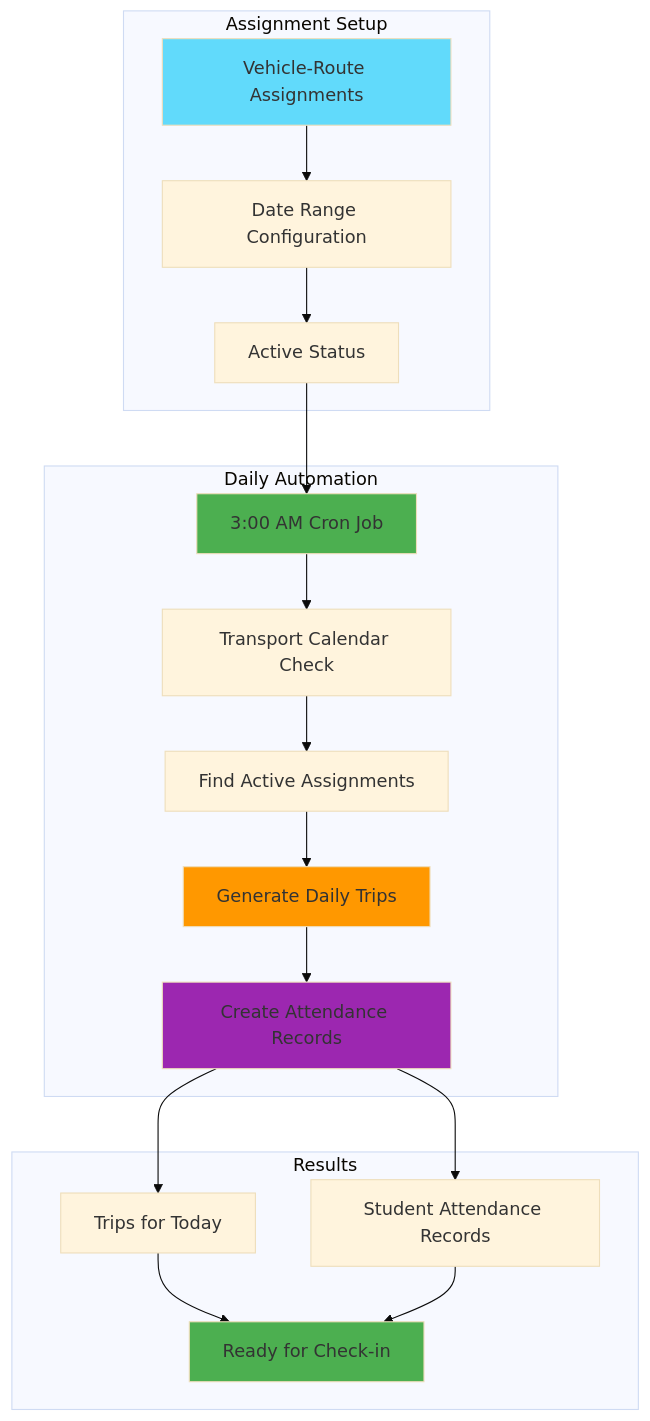
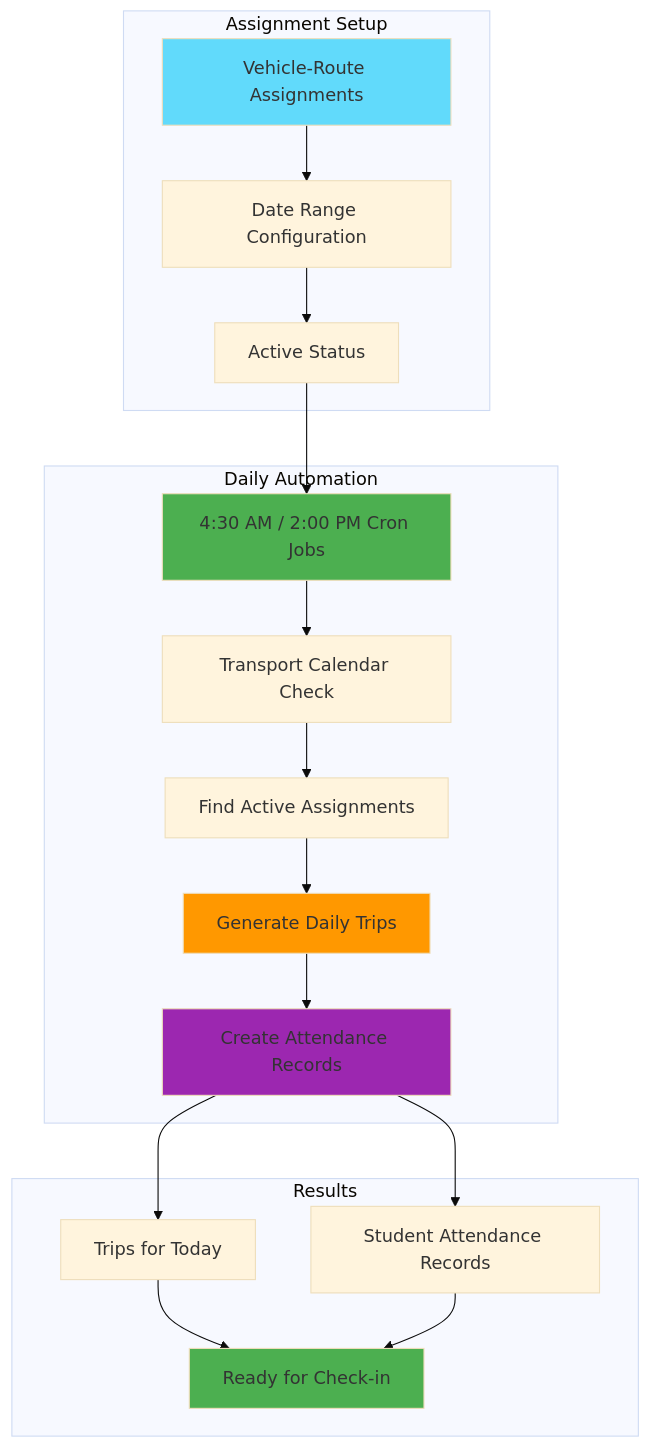
One commit to DeCLAN-designs/Soho_Academy changed the sixth of 21 diagrams in README.md. Above: the diagram before and after it, drawn with Mermaid (base theme). The commit also changed other lines of this file and 50 other files, not shown here.

````diff
--- a/README.md
+++ b/README.md
@@ -493,40 +507,40 @@
 ```mermaid
 graph TB
     subgraph "Assignment Setup"
         Assign[Vehicle-Route Assignments]
         Date[Date Range Configuration]
         Status[Active Status]
     end
     
     subgraph "Daily Automation"
-        Cron[3:00 AM Cron Job]
+        Cron[4:30 AM / 2:00 PM Cron Jobs]
         Calendar[Transport Calendar Check]
         Active[Find Active Assignments]
         Trips[Generate Daily Trips]
         Attendance[Create Attendance Records]
     end
     
     subgraph "Results"
         TodayTrips[Trips for Today]
         StudentAttendance[Student Attendance Records]
         Ready[Ready for Check-in]
     end
     
     Assign --> Date
     Date --> Status
     Status --> Cron
     Cron --> Calendar
     Calendar --> Active
     Active --> Trips
     Trips --> Attendance
     Attendance --> TodayTrips
     Attendance --> StudentAttendance
     TodayTrips --> Ready
     StudentAttendance --> Ready
     
     style Assign fill:#61DAFB
     style Cron fill:#4CAF50
     style Trips fill:#FF9800
     style Attendance fill:#9C27B0
     style Ready fill:#4CAF50
 ```
````
